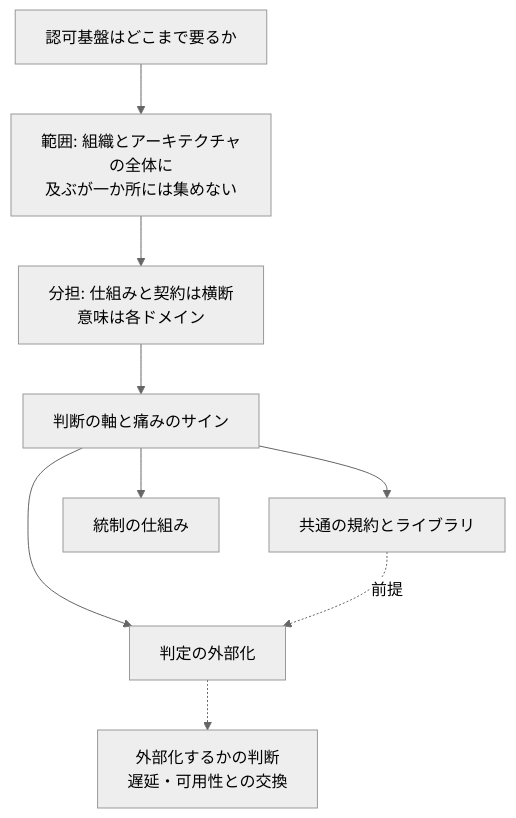
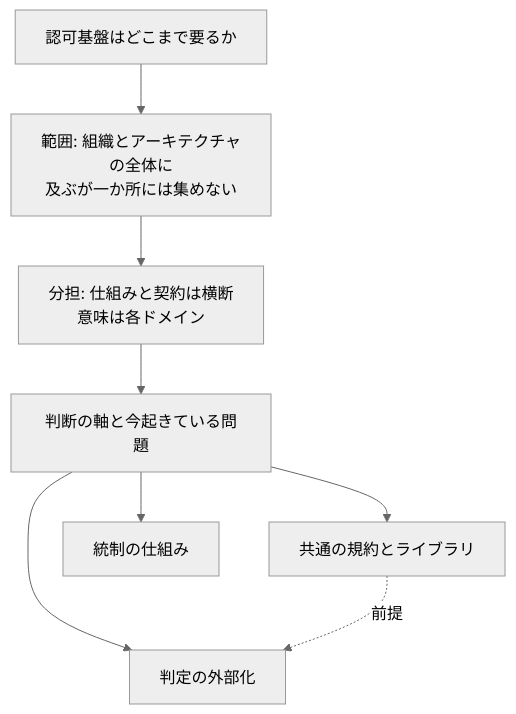
Before and after one commit to bmf-san/bmf-tech: the first of 2 diagrams in content/ja/posts/authorization-platform-scope-stages.md, drawn with Mermaid (neutral theme). The commit also changed other lines of this file and 1 other file, not shown here.

````diff
--- a/content/ja/posts/authorization-platform-scope-stages.md
+++ b/content/ja/posts/authorization-platform-scope-stages.md
@@ -36,11 +35,10 @@
 ```mermaid
 flowchart TB
   Q["認可基盤はどこまで要るか"] --> S["範囲: 組織とアーキテクチャの全体に<br/>及ぶが一か所には集めない"]
   S --> D["分担: 仕組みと契約は横断<br/>意味は各ドメイン"]
-  D --> A["判断の軸と痛みのサイン"]
+  D --> A["判断の軸と今起きている問題"]
   A --> P1["共通の規約とライブラリ"]
   A --> P2["判定の外部化"]
   A --> P3["統制の仕組み"]
   P1 -. "前提" .-> P2
-  P2 -.-> X["外部化するかの判断<br/>遅延・可用性との交換"]
 ```
````
